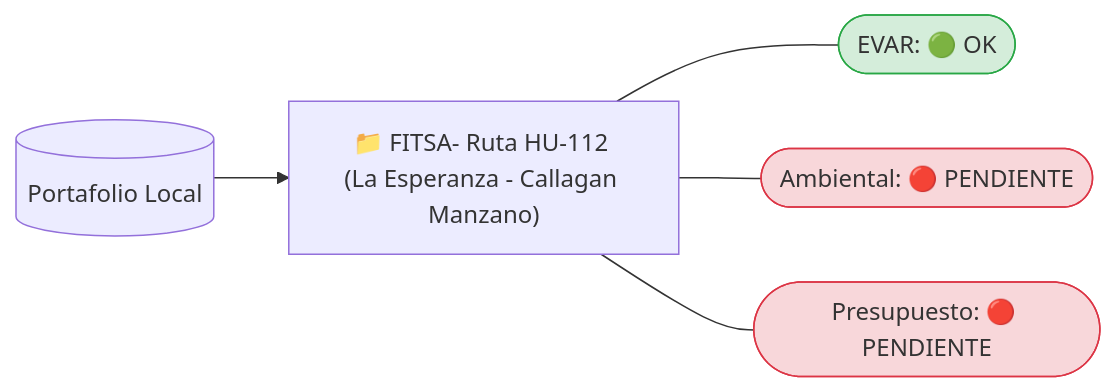
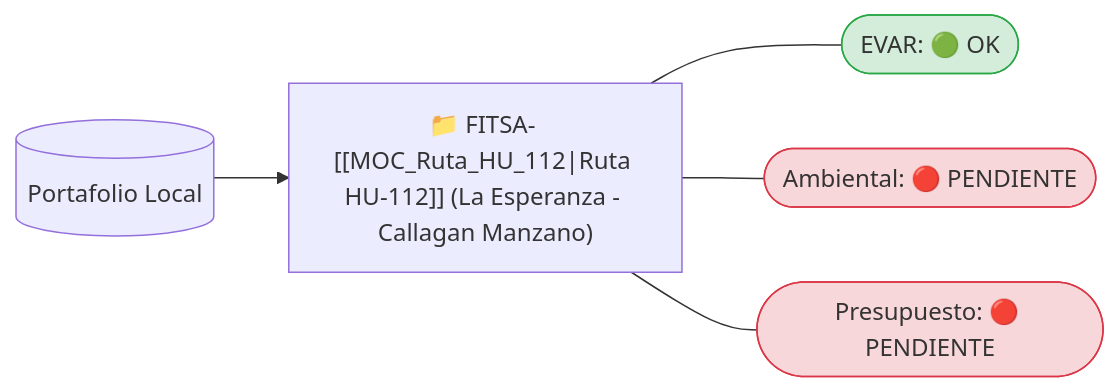
The diagram in 01_Proyectos/Dashboard_Proyectos_Activos.md (miguelordoneztoledo-stack/cerebro-tecnico), drawn with Mermaid before and after one commit. The commit also changed 39 other files, not shown here.

````diff
--- a/01_Proyectos/Dashboard_Proyectos_Activos.md
+++ b/01_Proyectos/Dashboard_Proyectos_Activos.md
@@ -18,11 +18,11 @@
 ```mermaid
 flowchart LR
     Portafolio[(Portafolio Local)]
-    Portafolio --> P0["📁 FITSA- Ruta HU-112 (La Esperanza - Callagan Manzano)"]
+    Portafolio --> P0["📁 FITSA- [[MOC_Ruta_HU_112|Ruta HU-112]] (La Esperanza - Callagan Manzano)"]
     P0 --- P0_EVAR([EVAR: 🟢 OK])
     P0 --- P0_AMB([Ambiental: 🔴 PENDIENTE])
     P0 --- P0_PRES([Presupuesto: 🔴 PENDIENTE])
     style P0_EVAR fill:#d4edda,stroke:#28a745
     style P0_AMB fill:#f8d7da,stroke:#dc3545
     style P0_PRES fill:#f8d7da,stroke:#dc3545
 ```
````
